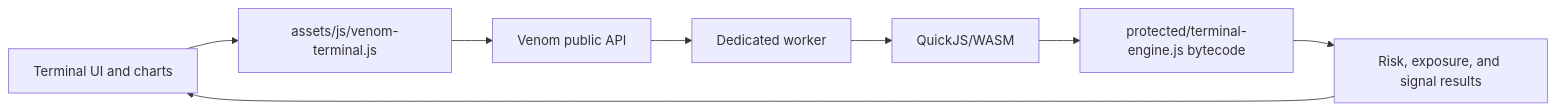
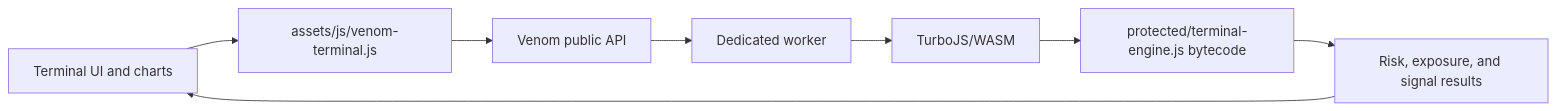
Before and after one commit to Ascension-Digital-Technologies/Venom: the diagram in examples/nova-trade/README.md, drawn with Mermaid. The commit also changed other lines of this file and 1105 other files, not shown here.

````diff
--- a/examples/nova-trade/README.md
+++ b/examples/nova-trade/README.md
@@ -35,10 +35,10 @@
 ```mermaid
 flowchart LR
     UI[Terminal UI and charts] --> ADAPTER[assets/js/venom-terminal.js]
     ADAPTER --> API[Venom public API]
     API --> WORKER[Dedicated worker]
-    WORKER --> QJS[QuickJS/WASM]
-    QJS --> ENGINE[protected/terminal-engine.js bytecode]
+    WORKER --> TJS[TurboJS/WASM]
+    TJS --> ENGINE[protected/terminal-engine.js bytecode]
     ENGINE --> RESULT[Risk, exposure, and signal results]
     RESULT --> UI
 ```
````
